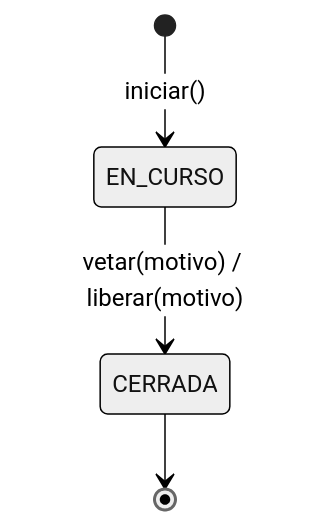
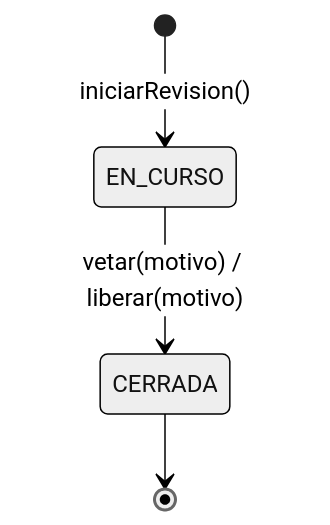
Before and after one commit to JaiderSoto07/kudos-backend: the sixth of 14 diagrams in documentacion/docs/06-diagramas-comportamiento/README.md, drawn with Mermaid (neutral theme). The commit also changed other lines of this file and 143 other files, not shown here.

````diff
--- a/documentacion/docs/06-diagramas-comportamiento/README.md
+++ b/documentacion/docs/06-diagramas-comportamiento/README.md
@@ -150,6 +150,6 @@
 ```mermaid
 stateDiagram-v2
-    [*] --> EN_CURSO : iniciar()
+    [*] --> EN_CURSO : iniciarRevision()
     EN_CURSO --> CERRADA : vetar(motivo) / liberar(motivo)
     CERRADA --> [*]
 ```
````
